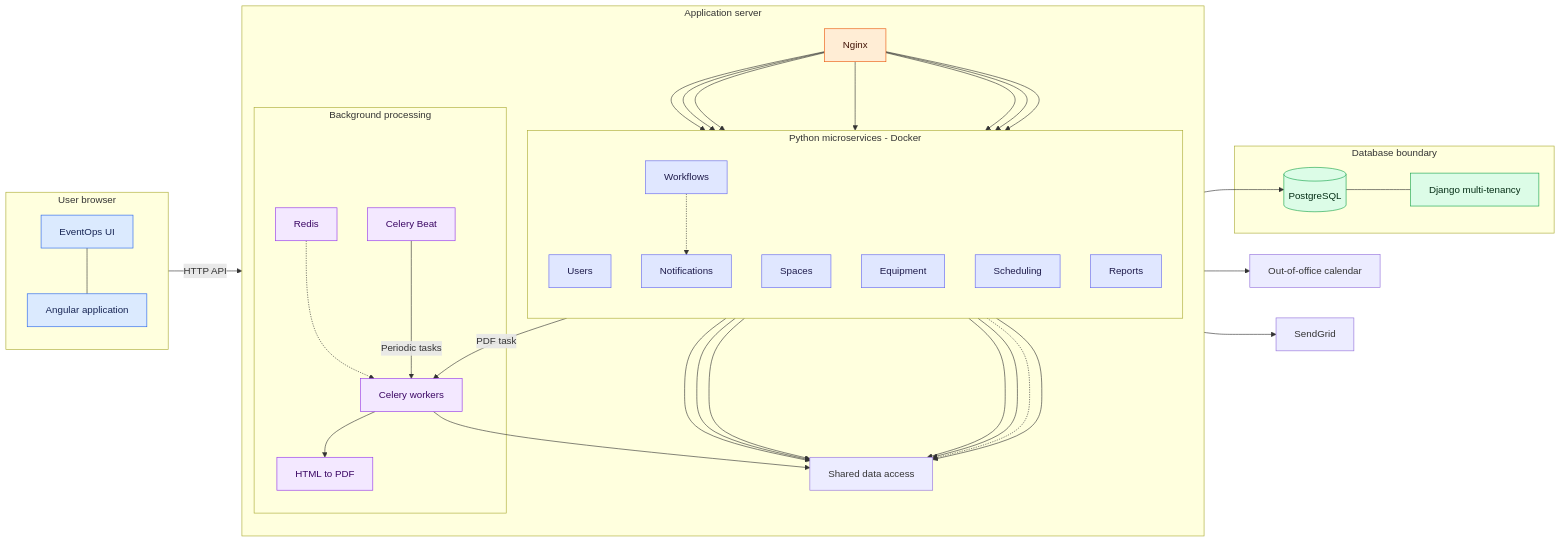
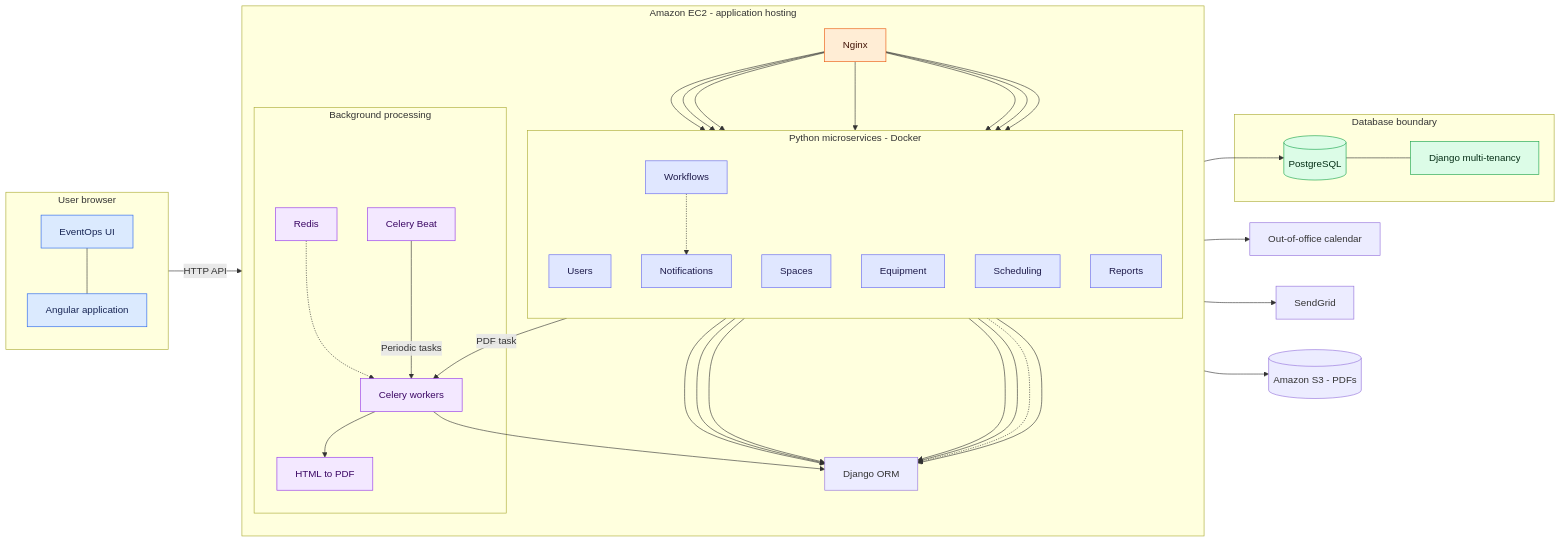
The first of 5 diagrams in Projects/EventOps/Interview_Guide.md (MerinRose123/InterviewPrep), drawn with Mermaid before and after one commit. The commit also changed other lines of this file and 11 other files, not shown here.

````diff
--- a/Projects/EventOps/Interview_Guide.md
+++ b/Projects/EventOps/Interview_Guide.md
@@ -13,79 +13,81 @@
 ```mermaid
 flowchart LR
     subgraph BROWSER[User browser]
         direction TB
         ANGULAR[Angular application]
         SCREENS[EventOps UI]
         SCREENS --- ANGULAR
     end
 
-    subgraph SERVER[Application server]
+    subgraph SERVER[Amazon EC2 - application hosting]
         direction TB
         NGINX[Nginx]
 
         subgraph SERVICES[Python microservices - Docker]
             direction TB
             USERS[Users]
             SPACE[Spaces]
             EQUIP[Equipment]
             SCHEDULE[Scheduling]
             WORKFLOW[Workflows]
             NOTIFY[Notifications]
             REPORT[Reports]
         end
 
         NGINX --> USERS
         NGINX --> SPACE
         NGINX --> EQUIP
         NGINX --> SCHEDULE
         NGINX --> WORKFLOW
         NGINX --> NOTIFY
         NGINX --> REPORT
 
-        DATA[Shared data access]
+        DATA[Django ORM]
         USERS --> DATA
         SPACE --> DATA
         EQUIP --> DATA
         SCHEDULE --> DATA
         WORKFLOW --> DATA
         NOTIFY -.-> DATA
         REPORT --> DATA
 
         subgraph BACKGROUND[Background processing]
             REDIS[Redis]
             CELERY[Celery workers]
             PDF[HTML to PDF]
             REDIS -.-> CELERY
             BEAT[Celery Beat] -->|Periodic tasks| CELERY
             CELERY --> PDF
         end
         REPORT -->|PDF task| CELERY
         CELERY --> DATA
         WORKFLOW -.-> NOTIFY
     end
 
     subgraph DATABASE[Database boundary]
         PG[(PostgreSQL)]
         TENANT[Django multi-tenancy]
         PG --- TENANT
     end
 
     CAL[Out-of-office calendar]
     MAIL[SendGrid]
+    S3[(Amazon S3 - PDFs)]
+    PDF --> S3
 
     ANGULAR -->|HTTP API| NGINX
     DATA --> PG
     SCHEDULE --> CAL
     NOTIFY --> MAIL
 
     classDef frontend fill:#dbeafe,stroke:#2563eb,color:#172554;
     classDef gateway fill:#ffedd5,stroke:#ea580c,color:#431407;
     classDef service fill:#e0e7ff,stroke:#6366f1,color:#1e1b4b;
     classDef database fill:#dcfce7,stroke:#16a34a,color:#052e16;
     classDef background fill:#f3e8ff,stroke:#9333ea,color:#3b0764;
     class ANGULAR,SCREENS frontend;
     class NGINX gateway;
     class USERS,SPACE,EQUIP,SCHEDULE,WORKFLOW,NOTIFY,REPORT service;
     class PG,TENANT database;
     class REDIS,CELERY,BEAT,PDF background;
 ```
````
